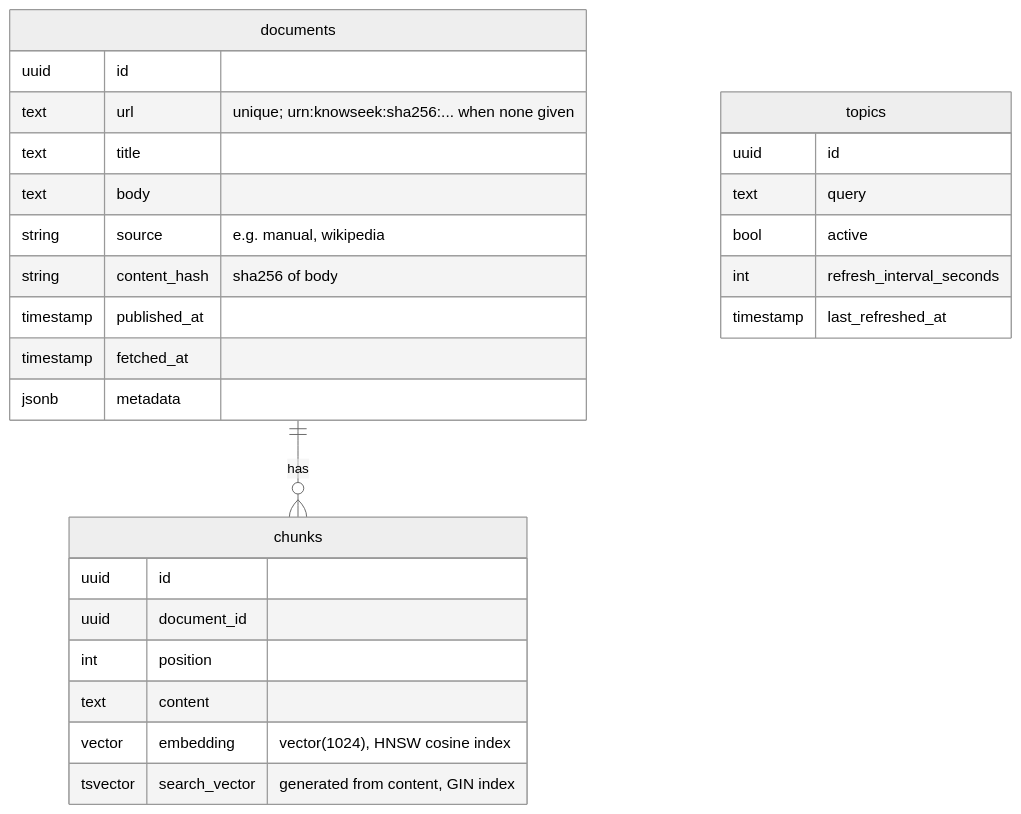
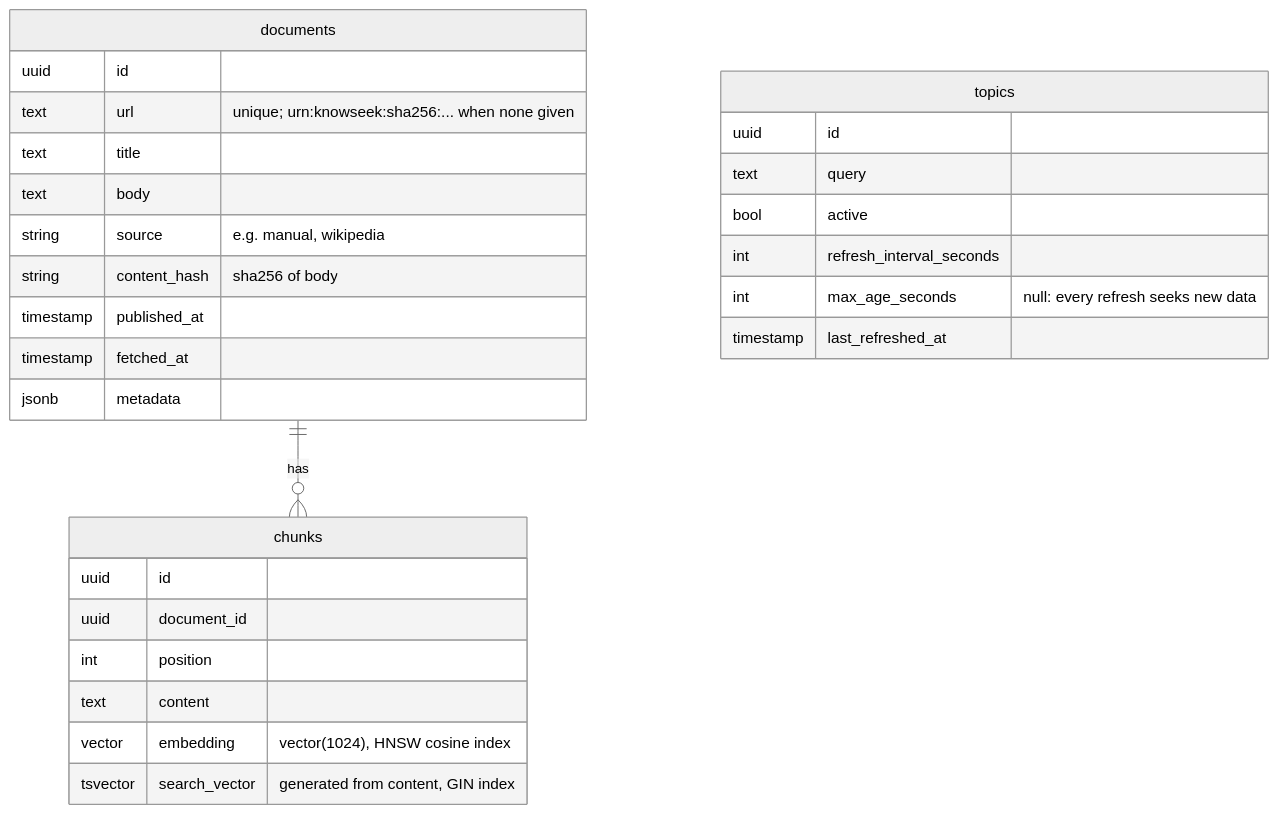
The second of 2 diagrams in docs/ARCHITECTURE.md (williamge/knowseek), drawn with Mermaid (neutral theme) before and after one commit. The commit also changed other lines of this file and 22 other files, not shown here.

````diff
--- a/docs/ARCHITECTURE.md
+++ b/docs/ARCHITECTURE.md
@@ -44,30 +46,31 @@
 ```mermaid
 erDiagram
     documents ||--o{ chunks : has
     documents {
         uuid id
         text url "unique; urn:knowseek:sha256:... when none given"
         text title
         text body
         string source "e.g. manual, wikipedia"
         string content_hash "sha256 of body"
         timestamp published_at
         timestamp fetched_at
         jsonb metadata
     }
     chunks {
         uuid id
         uuid document_id
         int position
         text content
         vector embedding "vector(1024), HNSW cosine index"
         tsvector search_vector "generated from content, GIN index"
     }
     topics {
         uuid id
         text query
         bool active
         int refresh_interval_seconds
+        int max_age_seconds "null: every refresh seeks new data"
         timestamp last_refreshed_at
     }
 ```
````
